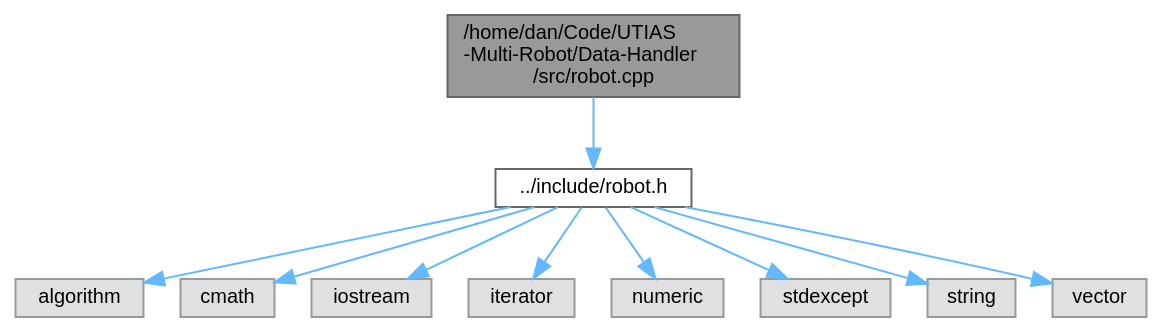
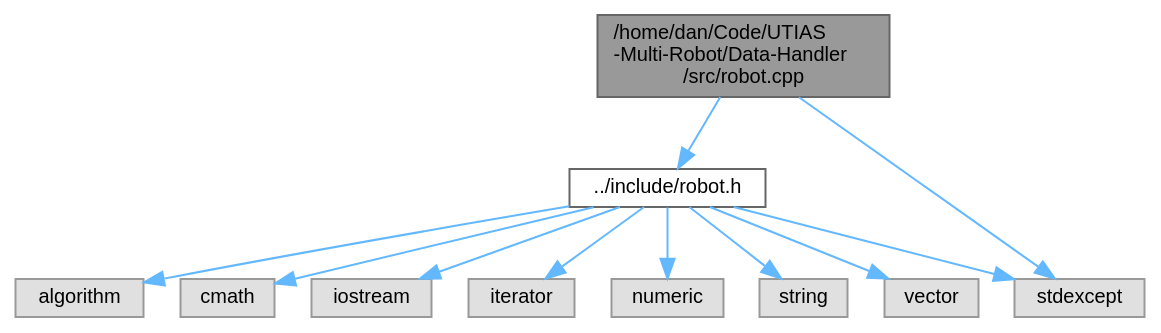
Before and after one commit to DanielIngham/Cooperative-Positioning-Data-Handler: the diagram in docs/robot_8cpp__incl.dot, drawn with Graphviz. The commit also changed 37 other files, not shown here.

```diff
--- a/docs/robot_8cpp__incl.dot
+++ b/docs/robot_8cpp__incl.dot
@@ -1,26 +1,27 @@
 digraph "/home/dan/Code/UTIAS-Multi-Robot/Data-Handler/src/robot.cpp"
 {
  // LATEX_PDF_SIZE
   bgcolor="transparent";
   edge [fontname=Helvetica,fontsize=10,labelfontname=Helvetica,labelfontsize=10];
   node [fontname=Helvetica,fontsize=10,shape=box,height=0.2,width=0.4];
   Node1 [id="Node000001",label="/home/dan/Code/UTIAS\l-Multi-Robot/Data-Handler\l/src/robot.cpp",height=0.2,width=0.4,color="gray40", fillcolor="grey60", style="filled", fontcolor="black",tooltip="Class implementation file responsible for the robot datastructor."];
   Node1 -> Node2 [id="edge1_Node000001_Node000002",color="steelblue1",style="solid",tooltip=" "];
   Node2 [id="Node000002",label="../include/robot.h",height=0.2,width=0.4,color="grey40", fillcolor="white", style="filled",URL="$robot_8h.html",tooltip="Header file of the Robot class."];
   Node2 -> Node3 [id="edge2_Node000002_Node000003",color="steelblue1",style="solid",tooltip=" "];
   Node3 [id="Node000003",label="algorithm",height=0.2,width=0.4,color="grey60", fillcolor="#E0E0E0", style="filled",tooltip=" "];
   Node2 -> Node4 [id="edge3_Node000002_Node000004",color="steelblue1",style="solid",tooltip=" "];
   Node4 [id="Node000004",label="cmath",height=0.2,width=0.4,color="grey60", fillcolor="#E0E0E0", style="filled",tooltip=" "];
   Node2 -> Node5 [id="edge4_Node000002_Node000005",color="steelblue1",style="solid",tooltip=" "];
   Node5 [id="Node000005",label="iostream",height=0.2,width=0.4,color="grey60", fillcolor="#E0E0E0", style="filled",tooltip=" "];
   Node2 -> Node6 [id="edge5_Node000002_Node000006",color="steelblue1",style="solid",tooltip=" "];
   Node6 [id="Node000006",label="iterator",height=0.2,width=0.4,color="grey60", fillcolor="#E0E0E0", style="filled",tooltip=" "];
   Node2 -> Node7 [id="edge6_Node000002_Node000007",color="steelblue1",style="solid",tooltip=" "];
   Node7 [id="Node000007",label="numeric",height=0.2,width=0.4,color="grey60", fillcolor="#E0E0E0", style="filled",tooltip=" "];
   Node2 -> Node8 [id="edge7_Node000002_Node000008",color="steelblue1",style="solid",tooltip=" "];
   Node8 [id="Node000008",label="stdexcept",height=0.2,width=0.4,color="grey60", fillcolor="#E0E0E0", style="filled",tooltip=" "];
   Node2 -> Node9 [id="edge8_Node000002_Node000009",color="steelblue1",style="solid",tooltip=" "];
   Node9 [id="Node000009",label="string",height=0.2,width=0.4,color="grey60", fillcolor="#E0E0E0", style="filled",tooltip=" "];
   Node2 -> Node10 [id="edge9_Node000002_Node000010",color="steelblue1",style="solid",tooltip=" "];
   Node10 [id="Node000010",label="vector",height=0.2,width=0.4,color="grey60", fillcolor="#E0E0E0", style="filled",tooltip=" "];
+  Node1 -> Node8 [id="edge10_Node000001_Node000008",color="steelblue1",style="solid",tooltip=" "];
 }
```
